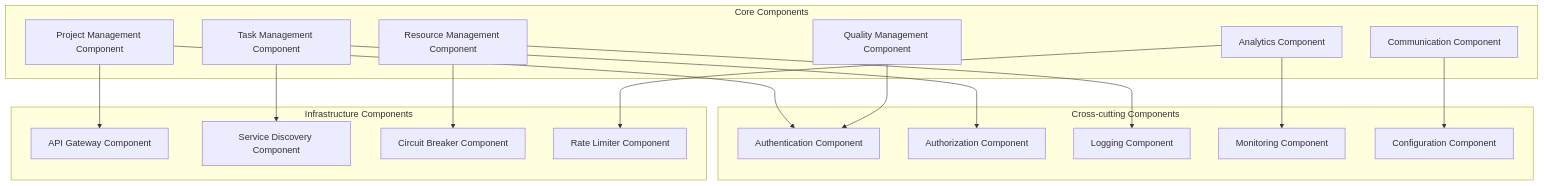
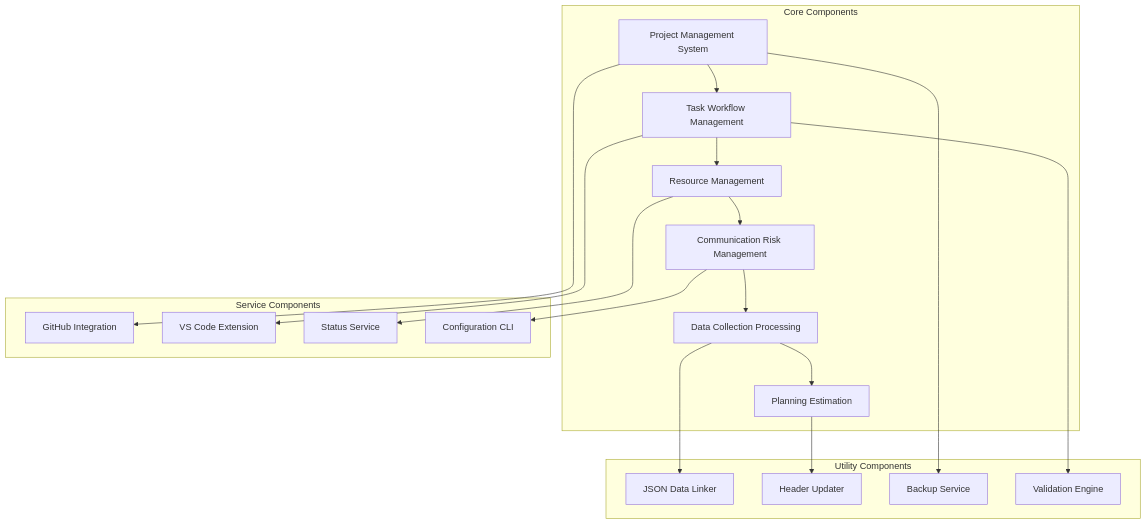
The fifth of 18 diagrams in Docs/Software_Engineering/Software_Architecture_Document.md (Shakour-Data/AutoProjectManagement), drawn with Mermaid before and after one commit. The commit also changed other lines of this file, not shown here.

````diff
--- a/Docs/Software_Engineering/Software_Architecture_Document.md
+++ b/Docs/Software_Engineering/Software_Architecture_Document.md
@@ -270,38 +246,41 @@
 ```mermaid
 graph TB
     subgraph "Core Components"
-        C1[Project Management Component]
-        C2[Task Management Component]
-        C3[Resource Management Component]
-        C4[Analytics Component]
-        C5[Communication Component]
-        C6[Quality Management Component]
+        C1[Project Management System]
+        C2[Task Workflow Management]
+        C3[Resource Management]
+        C4[Communication Risk Management]
+        C5[Data Collection Processing]
+        C6[Planning Estimation]
     end
     
-    subgraph "Cross-cutting Components"
-        CC1[Authentication Component]
-        CC2[Authorization Component]
-        CC3[Logging Component]
-        CC4[Monitoring Component]
-        CC5[Configuration Component]
+    subgraph "Service Components"
+        SC1[GitHub Integration]
+        SC2[VS Code Extension]
+        SC3[Status Service]
+        SC4[Configuration CLI]
     end
     
-    subgraph "Infrastructure Components"
-        IC1[API Gateway Component]
-        IC2[Service Discovery Component]
-        IC3[Circuit Breaker Component]
-        IC4[Rate Limiter Component]
+    subgraph "Utility Components"
+        UC1[JSON Data Linker]
+        UC2[Header Updater]
+        UC3[Backup Service]
+        UC4[Validation Engine]
     end
     
-    C1 --> CC1
-    C2 --> CC2
-    C3 --> CC3
-    C4 --> CC4
-    C5 --> CC5
-    C6 --> CC1
+    C1 --> C2
+    C2 --> C3
+    C3 --> C4
+    C4 --> C5
+    C5 --> C6
     
-    C1 --> IC1
-    C2 --> IC2
-    C3 --> IC3
-    C4 --> IC4
+    C1 --> SC1
+    C2 --> SC2
+    C3 --> SC3
+    C4 --> SC4
+    
+    C5 --> UC1
+    C6 --> UC2
+    C1 --> UC3
+    C2 --> UC4
 ```
````
